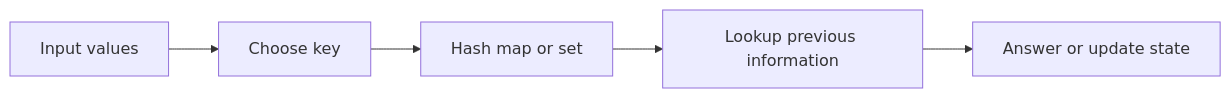
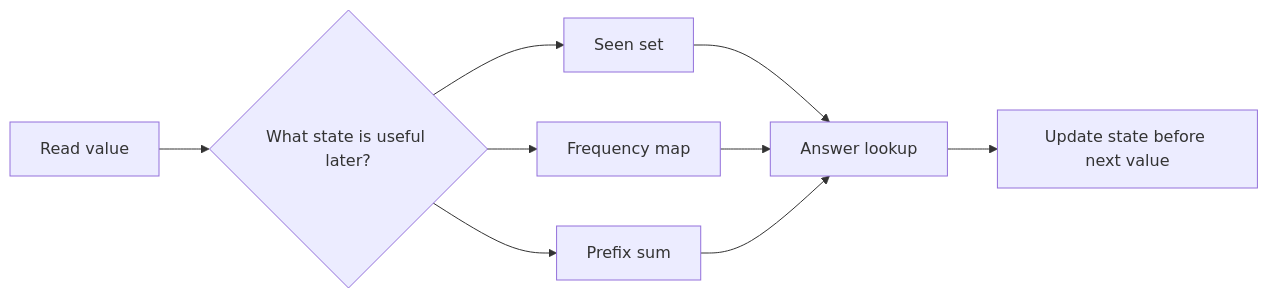
The diagram in arrays-hashing/README.md (Icon1cc/Data-Structures-and-Algorithms), drawn with Mermaid before and after one commit. The commit also changed other lines of this file and 112 other files, not shown here.

````diff
--- a/arrays-hashing/README.md
+++ b/arrays-hashing/README.md
@@ -68,7 +64,11 @@
 ```mermaid
 flowchart LR
-    A[Input values] --> B[Choose key]
-    B --> C[Hash map or set]
-    C --> D[Lookup previous information]
-    D --> E[Answer or update state]
+    A[Read value] --> B{What state is useful later?}
+    B --> C[Seen set]
+    B --> D[Frequency map]
+    B --> E[Prefix sum]
+    C --> F[Answer lookup]
+    D --> F
+    E --> F
+    F --> G[Update state before next value]
 ```
````
